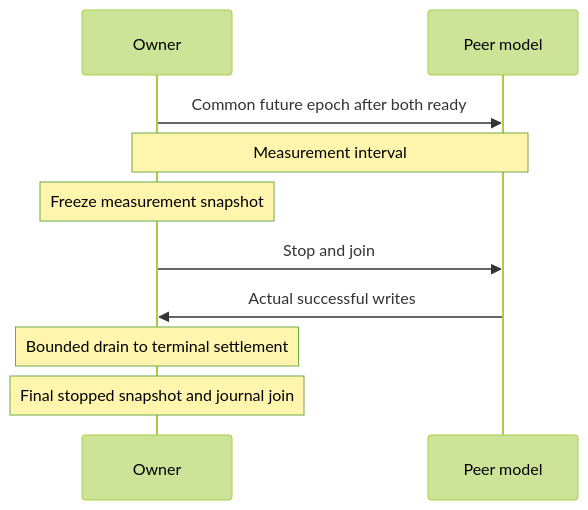
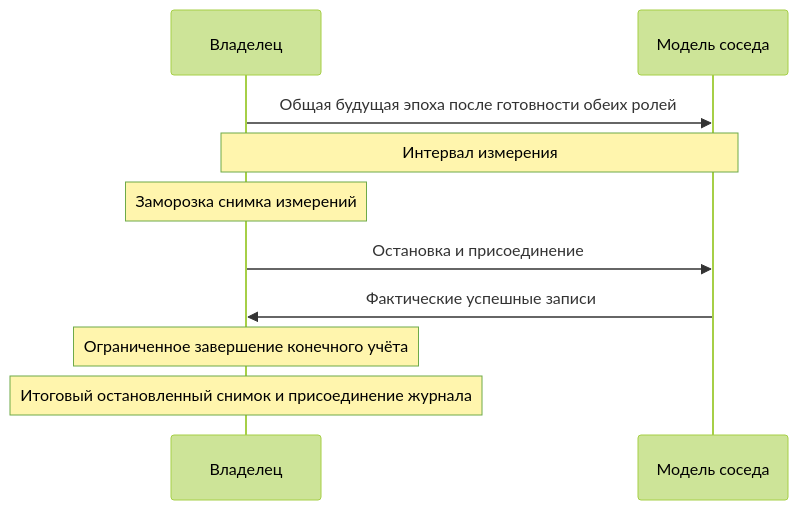
One commit to dantte-lp/gobfd changed the diagram in docs/ru/adr/0007-workload-phase-accounting.md. Above: the diagram before and after it, drawn with Mermaid (forest theme). The commit also changed other lines of this file and 95 other files, not shown here.

````diff
--- a/docs/ru/adr/0007-workload-phase-accounting.md
+++ b/docs/ru/adr/0007-workload-phase-accounting.md
@@ -36,12 +38,14 @@
 ```mermaid
 sequenceDiagram
-    participant O as Owner
-    participant P as Peer model
-    O->>P: Common future epoch after both ready
-    Note over O,P: Measurement interval
-    Note over O: Freeze measurement snapshot
-    O->>P: Stop and join
-    P->>O: Actual successful writes
-    Note over O: Bounded drain to terminal settlement
-    Note over O: Final stopped snapshot and journal join
+    accTitle: Измерение нагрузки и завершение учёта
+    accDescr: Готовые роли принимают общую эпоху, замораживают измерение, присоединяют трафик соседа и сводят учёт владельца до остановленного снимка.
+    participant O as Владелец
+    participant P as Модель соседа
+    O->>P: Общая будущая эпоха после готовности обеих ролей
+    Note over O,P: Интервал измерения
+    Note over O: Заморозка снимка измерений
+    O->>P: Остановка и присоединение
+    P->>O: Фактические успешные записи
+    Note over O: Ограниченное завершение конечного учёта
+    Note over O: Итоговый остановленный снимок и присоединение журнала
 ```
````
